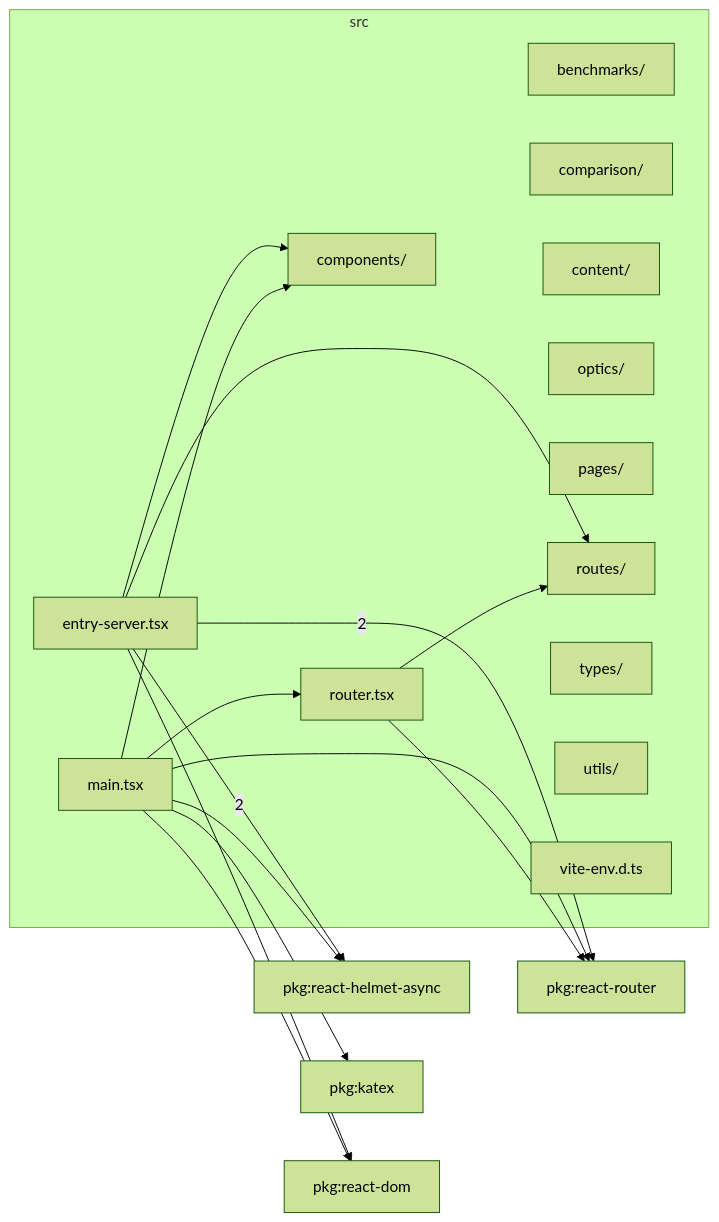
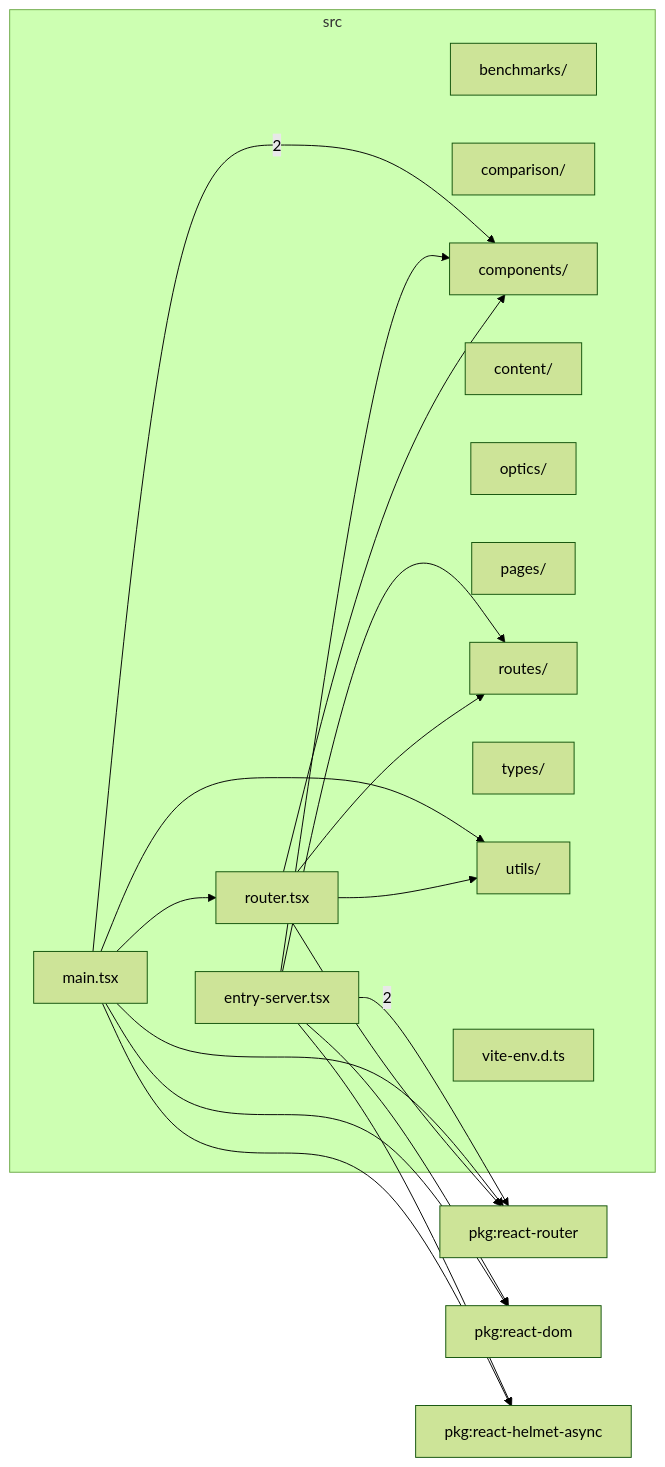
The diagram in src/readme.md (ronbuening/LensVisualizer), drawn with Mermaid (forest theme) before and after one commit. The commit also changed other lines of this file and 38 other files, not shown here.

````diff
--- a/src/readme.md
+++ b/src/readme.md
@@ -9,35 +9,36 @@
 ```mermaid
 flowchart LR
   subgraph n_src["src"]
     n_src_src_benchmarks["benchmarks/"]
     n_src_src_comparison["comparison/"]
     n_src_src_components["components/"]
     n_src_src_content["content/"]
     n_src_src_optics["optics/"]
     n_src_src_pages["pages/"]
     n_src_src_routes["routes/"]
     n_src_src_types["types/"]
     n_src_src_utils["utils/"]
     n_src_src_entry_server_tsx["entry-server.tsx"]
     n_src_src_main_tsx["main.tsx"]
     n_src_src_router_tsx["router.tsx"]
     n_src_src_vite_env_d_ts["vite-env.d.ts"]
   end
+  n_external_pkg_react_router["pkg:react-router"]
+  n_external_pkg_react_dom["pkg:react-dom"]
   n_external_pkg_react_helmet_async["pkg:react-helmet-async"]
-  n_external_pkg_react_router["pkg:react-router"]
-  n_external_pkg_katex["pkg:katex"]
-  n_external_pkg_react_dom["pkg:react-dom"]
-  n_src_src_entry_server_tsx --> |2| n_external_pkg_react_helmet_async
   n_src_src_entry_server_tsx --> |2| n_external_pkg_react_router
-  n_src_src_main_tsx --> n_external_pkg_katex
+  n_src_src_main_tsx --> |2| n_src_src_components
   n_src_src_entry_server_tsx --> n_external_pkg_react_dom
   n_src_src_main_tsx --> n_external_pkg_react_dom
+  n_src_src_entry_server_tsx --> n_external_pkg_react_helmet_async
   n_src_src_main_tsx --> n_external_pkg_react_helmet_async
   n_src_src_main_tsx --> n_external_pkg_react_router
   n_src_src_router_tsx --> n_external_pkg_react_router
   n_src_src_entry_server_tsx --> n_src_src_components
-  n_src_src_main_tsx --> n_src_src_components
+  n_src_src_router_tsx --> n_src_src_components
   n_src_src_main_tsx --> n_src_src_router_tsx
   n_src_src_entry_server_tsx --> n_src_src_routes
   n_src_src_router_tsx --> n_src_src_routes
+  n_src_src_main_tsx --> n_src_src_utils
+  n_src_src_router_tsx --> n_src_src_utils
 ```
````
